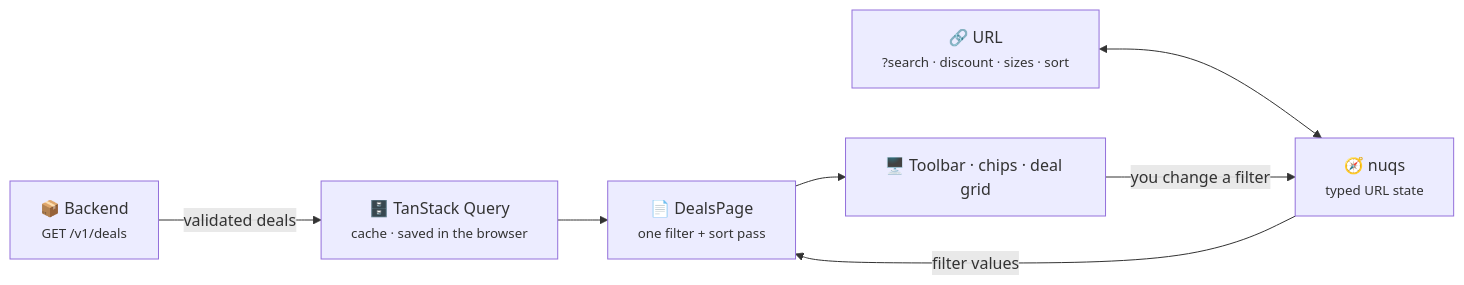
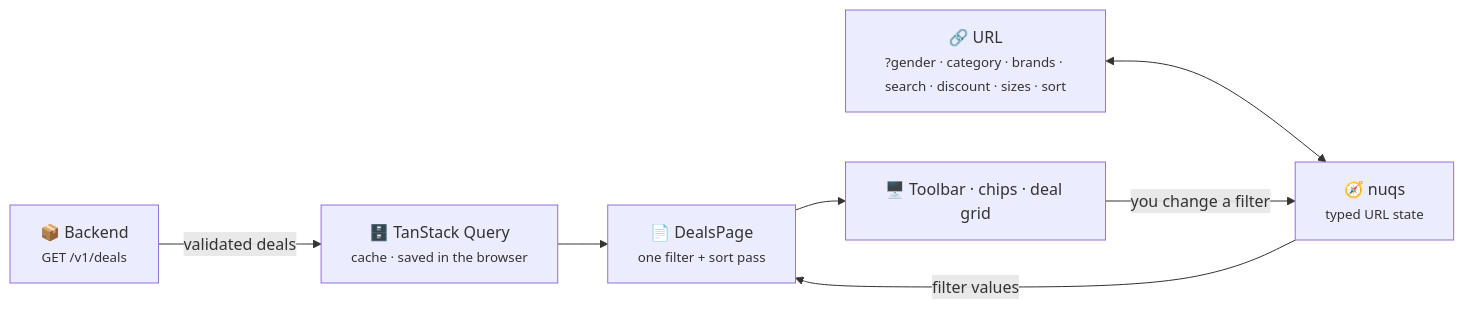
The second of 2 diagrams in README.md (JahanU/bargain-web-scraper), drawn with Mermaid before and after one commit. The commit also changed 52 other files, not shown here.

````diff
--- a/README.md
+++ b/README.md
@@ -34,14 +34,14 @@
 ```mermaid
 flowchart LR
     api["📦 Backend<br/><small>GET /v1/deals</small>"]
     query["🗄️ TanStack Query<br/><small>cache · saved in the browser</small>"]
-    url["🔗 URL<br/><small>?search · discount · sizes · sort</small>"]
+    url["🔗 URL<br/><small>?gender · category · brands · search · discount · sizes · sort</small>"]
     nuqs["🧭 nuqs<br/><small>typed URL state</small>"]
     page["📄 DealsPage<br/><small>one filter + sort pass</small>"]
     ui["🖥️ Toolbar · chips · deal grid"]
 
     api -- "validated deals" --> query --> page
     url <--> nuqs -- "filter values" --> page
     page --> ui
     ui -- "you change a filter" --> nuqs
 ```
````
